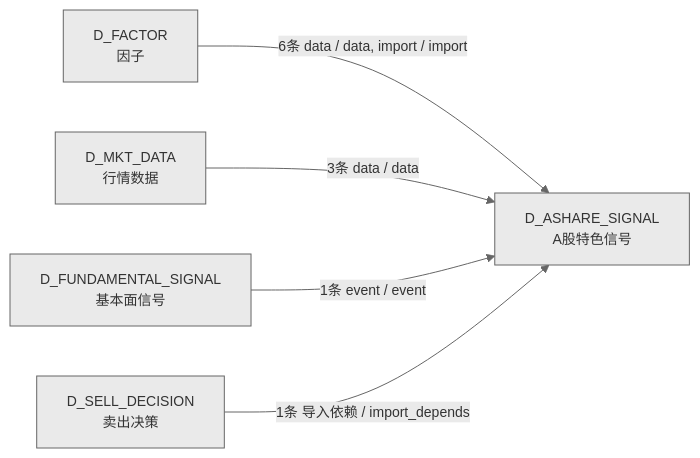
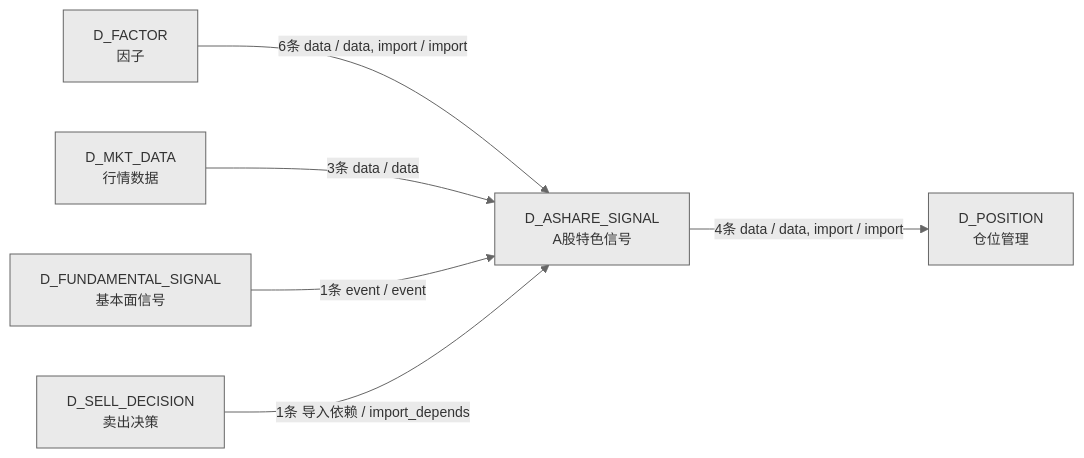
One commit to xuanFelixVan/ZephyrAlpha changed the fourth of 4 diagrams in docs/02_enterprise_architecture/02_domain_architecture_docs/32_d_ashare_signal.md. Above: the diagram before and after it, drawn with Mermaid. The commit also changed other lines of this file and 13 other files, not shown here.

````diff
--- a/docs/02_enterprise_architecture/02_domain_architecture_docs/32_d_ashare_signal.md
+++ b/docs/02_enterprise_architecture/02_domain_architecture_docs/32_d_ashare_signal.md
@@ -312,13 +322,15 @@
 ```mermaid
 %%{init: {'theme': 'base', 'themeVariables': {'primaryColor': '#eaeaea', 'primaryTextColor': '#333333', 'primaryBorderColor': '#666666', 'lineColor': '#666666', 'secondaryColor': '#eaeaea', 'tertiaryColor': '#eaeaea', 'fontSize': '14px'}}}%%
 graph LR
     D_ASHARE_SIGNAL["D_ASHARE_SIGNAL<br/>A股特色信号"]
+    D_POSITION["D_POSITION<br/>仓位管理"]
     D_FACTOR["D_FACTOR<br/>因子"]
     D_MKT_DATA["D_MKT_DATA<br/>行情数据"]
     D_FUNDAMENTAL_SIGNAL["D_FUNDAMENTAL_SIGNAL<br/>基本面信号"]
     D_SELL_DECISION["D_SELL_DECISION<br/>卖出决策"]
+    D_ASHARE_SIGNAL -->|4条 data / data, import / import| D_POSITION
     D_FACTOR -->|6条 data / data, import / import| D_ASHARE_SIGNAL
     D_MKT_DATA -->|3条 data / data| D_ASHARE_SIGNAL
     D_FUNDAMENTAL_SIGNAL -->|1条 event / event| D_ASHARE_SIGNAL
     D_SELL_DECISION -->|1条 导入依赖 / import_depends| D_ASHARE_SIGNAL
 ```
````
